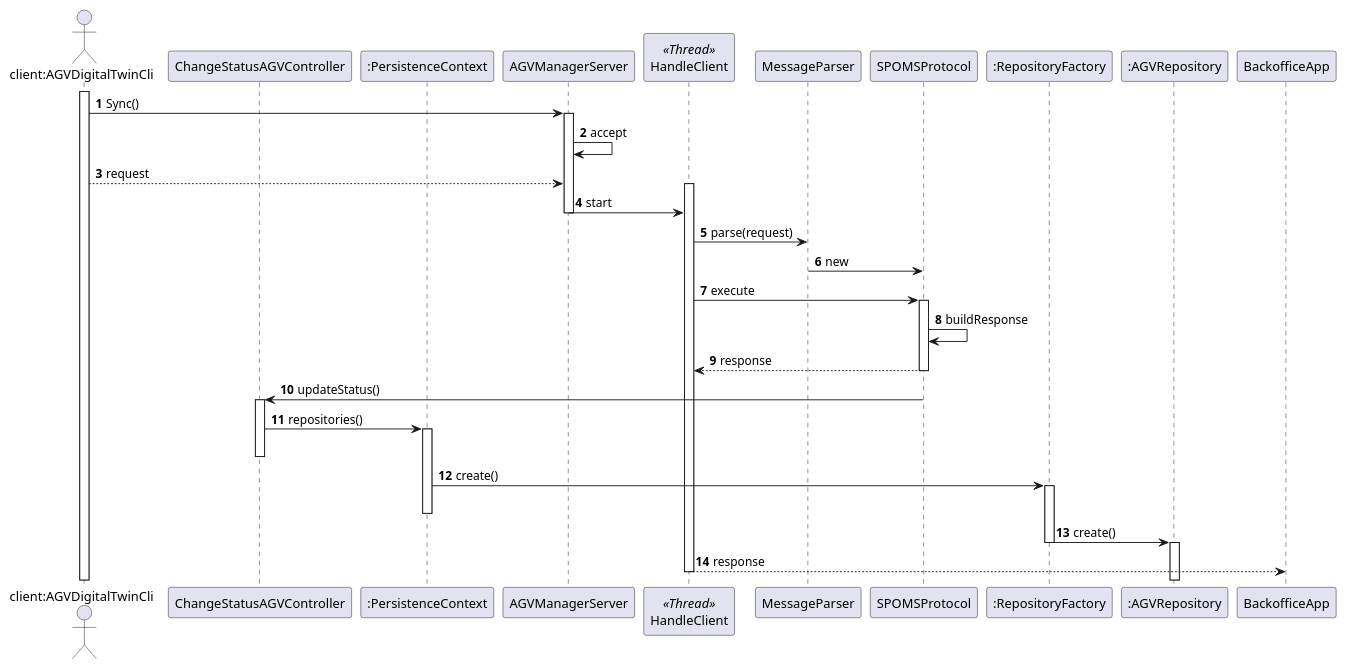
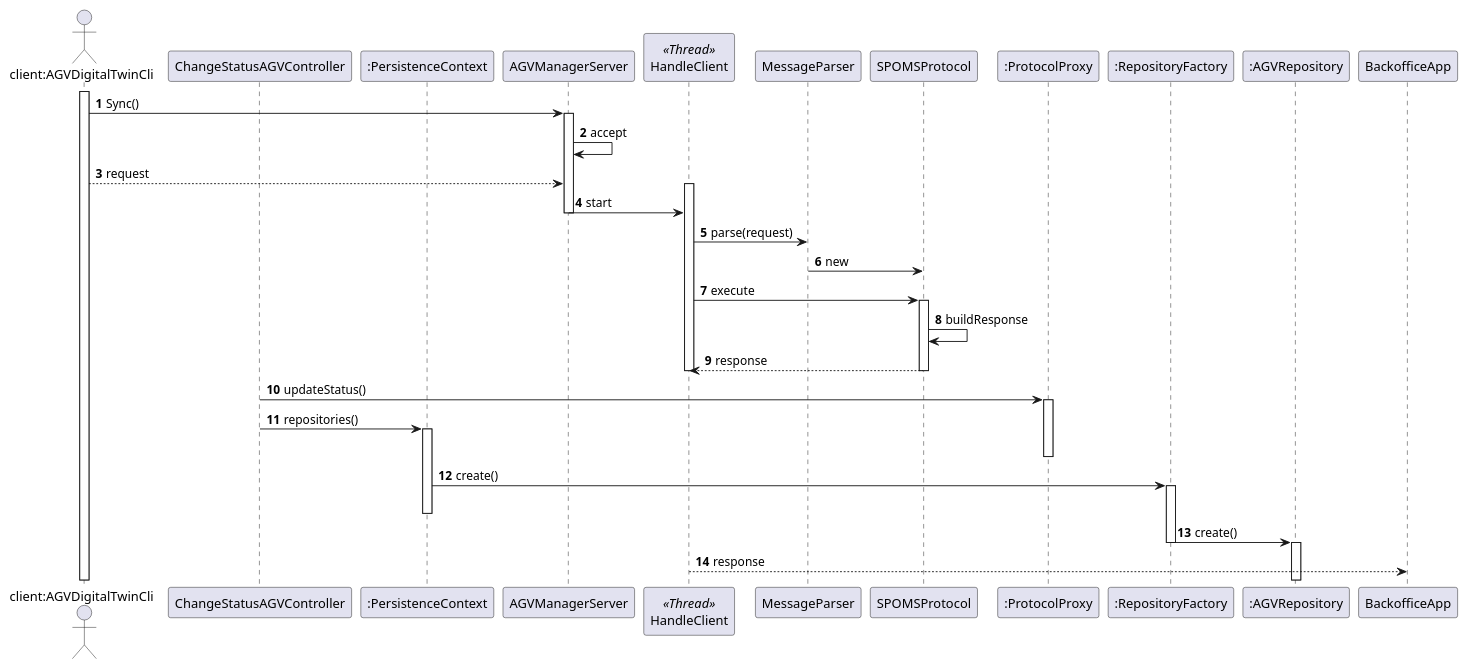
One commit to marttuga/LAPR4-SmartSystems changed the diagram in docs/Sprint4/US5004/US5004_SD.puml. Above: the diagram before and after it, drawn with PlantUML. The commit also changed 1 other file, not shown here.

```diff
--- a/docs/Sprint4/US5004/US5004_SD.puml
+++ b/docs/Sprint4/US5004/US5004_SD.puml
@@ -1,59 +1,60 @@
 @startuml
 autonumber
 'hide footbox
 
 actor "client:AGVDigitalTwinCli" as Client
 participant "ChangeStatusAGVController" as OS
 participant ":PersistenceContext" as PC
 participant "AGVManagerServer" as AMS
 participant HandleClient <<Thread>>
 participant "MessageParser" as MP
 participant "SPOMSProtocol" as SP
+participant ":ProtocolProxy" as P
 participant ":RepositoryFactory" as RF
 participant ":AGVRepository" as AGVRepo
 
 activate Client
 Client -> AMS : Sync()
 activate AMS
 
 AMS -> AMS : accept
 
 Client --> AMS: request
 activate HandleClient
 
 AMS -> HandleClient : start
 deactivate AMS
 
 HandleClient -> MP : parse(request)
 
 MP -> SP : new
 
 HandleClient -> SP : execute
 activate SP
 
 SP -> SP : buildResponse
 
 SP --> HandleClient : response
 deactivate SP
 
-SP -> OS : updateStatus()
-activate OS
+deactivate HandleClient
+OS -> P : updateStatus()
+activate P
 
 OS -> PC : repositories()
 activate PC
-deactivate OS
+deactivate P
 
 PC -> RF : create()
 activate RF
 deactivate PC
 
 RF -> AGVRepo : create()
 deactivate RF
 activate AGVRepo
 
+HandleClient --> BackofficeApp : response
 
-HandleClient --> BackofficeApp : response
-deactivate HandleClient
 
 
 @enduml
```
